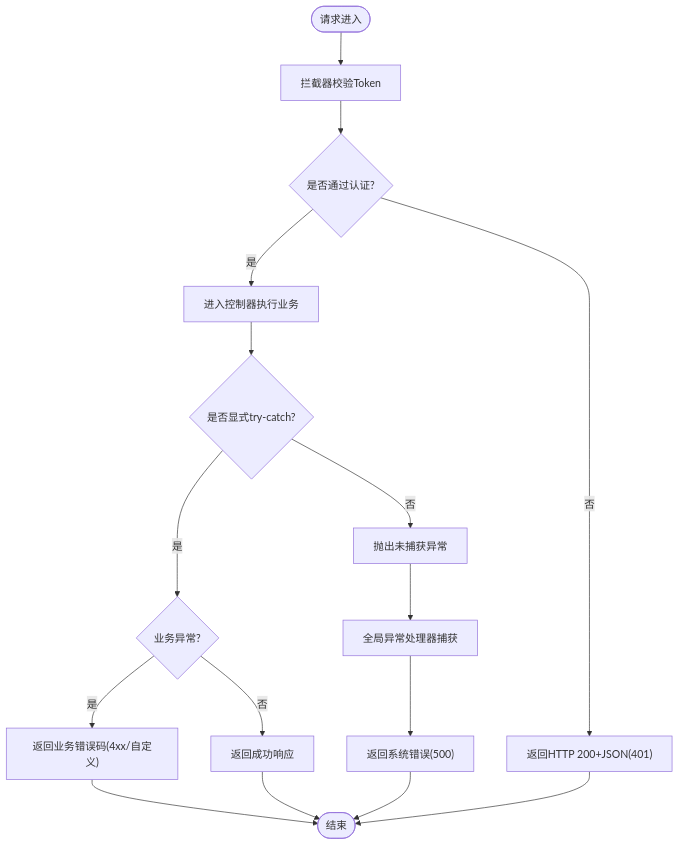
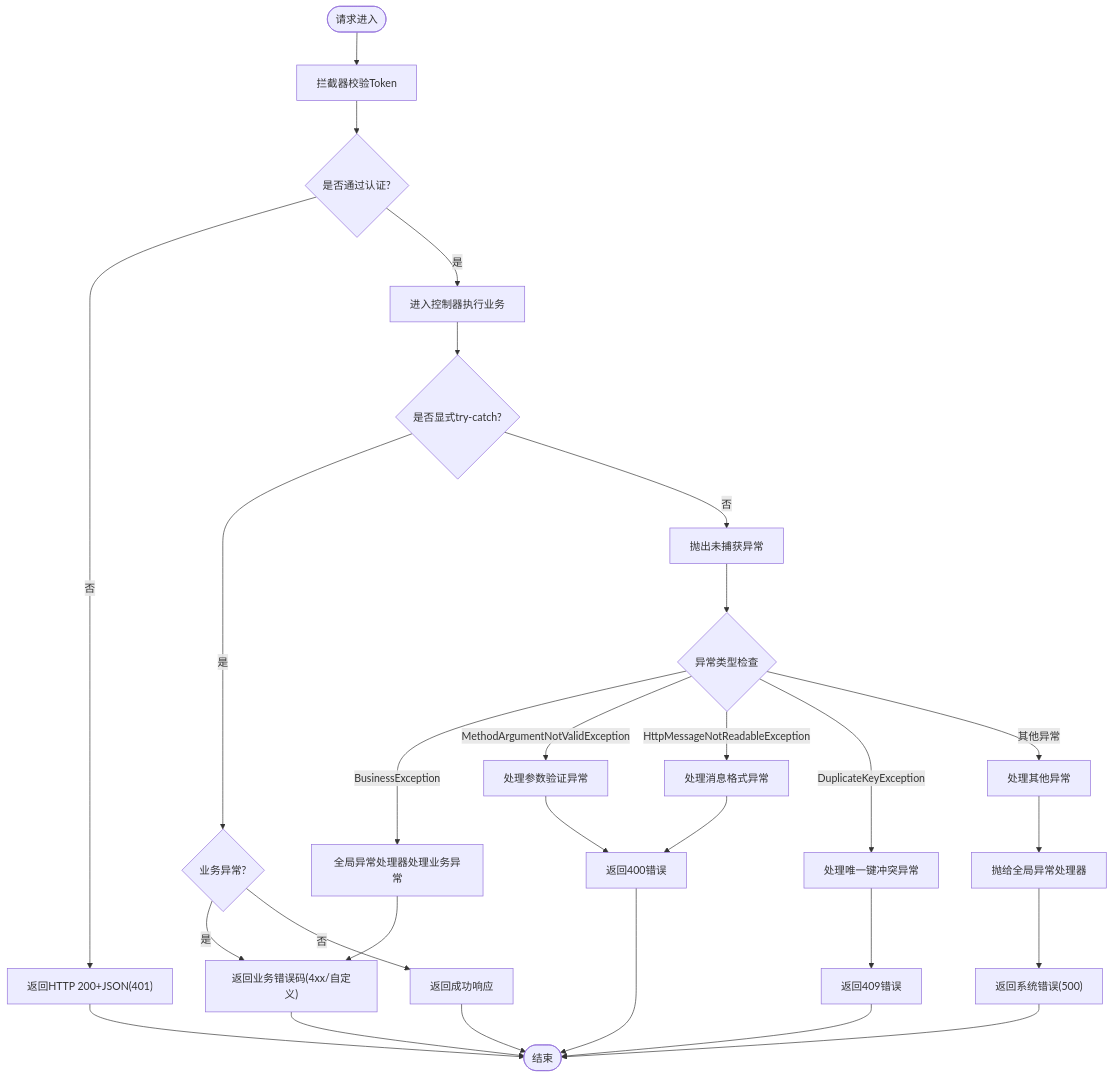
One commit to gaozihaowin/- changed the fourth of 4 diagrams in .qoder/repowiki/zh/content/架构设计/统一响应与异常处理.md. Above: the diagram before and after it, drawn with Mermaid. The commit also changed other lines of this file and 10 other files, not shown here.

````diff
--- a/.qoder/repowiki/zh/content/架构设计/统一响应与异常处理.md
+++ b/.qoder/repowiki/zh/content/架构设计/统一响应与异常处理.md
@@ -286,18 +378,30 @@
 ```mermaid
 flowchart TD
 Start(["请求进入"]) --> CheckAuth["拦截器校验Token"]
 CheckAuth --> IsAuth{"是否通过认证?"}
 IsAuth --> |否| Return401["返回HTTP 200+JSON(401)"]
 IsAuth --> |是| ControllerCall["进入控制器执行业务"]
 ControllerCall --> TryCatch{"是否显式try-catch?"}
 TryCatch --> |是| BusinessError{"业务异常?"}
 BusinessError --> |是| ReturnBizErr["返回业务错误码(4xx/自定义)"]
 BusinessError --> |否| ReturnSuccess["返回成功响应"]
 TryCatch --> |否| ThrowEx["抛出未捕获异常"]
-ThrowEx --> GlobalHandler["全局异常处理器捕获"]
-GlobalHandler --> ReturnSysErr["返回系统错误(500)"]
+ThrowEx --> CheckExType{"异常类型检查"}
+CheckExType --> |BusinessException| HandleBizEx["全局异常处理器处理业务异常"]
+CheckExType --> |MethodArgumentNotValidException| HandleParamEx["处理参数验证异常"]
+CheckExType --> |HttpMessageNotReadableException| HandleFormatEx["处理消息格式异常"]
+CheckExType --> |DuplicateKeyException| HandleDupEx["处理唯一键冲突异常"]
+CheckExType --> |其他异常| HandleOtherEx["处理其他异常"]
+HandleBizEx --> ReturnBizErr
+HandleParamEx --> Return400["返回400错误"]
+HandleFormatEx --> Return400
+HandleDupEx --> Return409["返回409错误"]
+HandleOtherEx --> ThrowToGlobal["抛给全局异常处理器"]
+ThrowToGlobal --> ReturnSysErr["返回系统错误(500)"]
 ReturnBizErr --> End(["结束"])
 ReturnSuccess --> End
 ReturnSysErr --> End
 Return401 --> End
+Return400 --> End
+Return409 --> End
 ```
````
